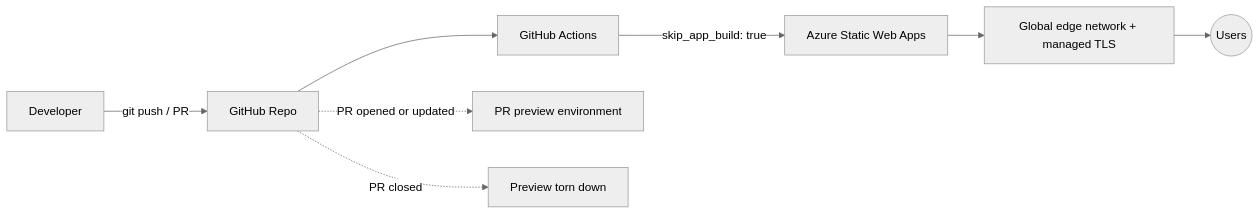
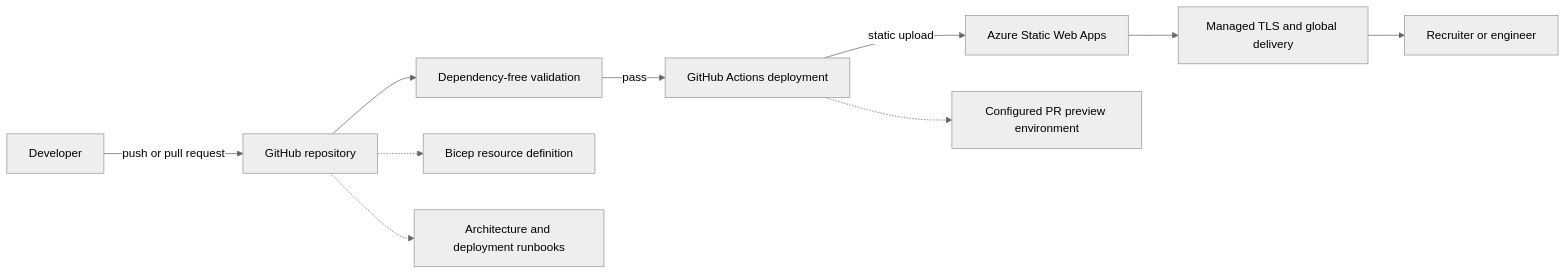
One commit to yossefseit/yossefseit.github.io changed the diagram in README.md. Above: the diagram before and after it, drawn with Mermaid (neutral theme). The commit also changed other lines of this file and 5 other files, not shown here.

Commit message:
Document architecture, validation, and Azure lab roadmap

````diff
--- a/README.md
+++ b/README.md
@@ -61,11 +42,13 @@
 ```mermaid
 flowchart LR
-    Dev["Developer"] -->|"git push / PR"| GH["GitHub Repo"]
-    GH --> GHA["GitHub Actions"]
-    GHA -->|"skip_app_build: true"| SWA["Azure Static Web Apps"]
-    SWA --> Edge["Global edge network + managed TLS"]
-    Edge --> Users(("Users"))
+    Developer["Developer"] -->|"push or pull request"| Repository["GitHub repository"]
+    Repository --> Validation["Dependency-free validation"]
+    Validation -->|"pass"| Delivery["GitHub Actions deployment"]
+    Delivery -->|"static upload"| SWA["Azure Static Web Apps"]
+    SWA --> Edge["Managed TLS and global delivery"]
+    Edge --> Visitor["Recruiter or engineer"]
 
-    GH -.->|"PR opened or updated"| Preview["PR preview environment"]
-    GH -.->|"PR closed"| Teardown["Preview torn down"]
+    Repository -.-> Bicep["Bicep resource definition"]
+    Repository -.-> Docs["Architecture and deployment runbooks"]
+    Delivery -.-> Preview["Configured PR preview environment"]
 ```
````
